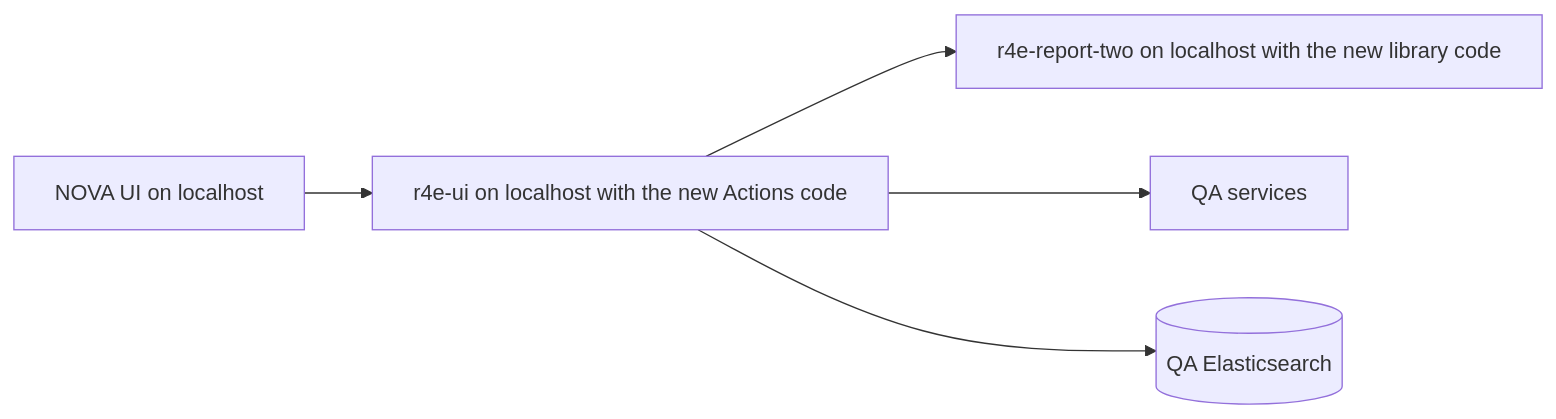
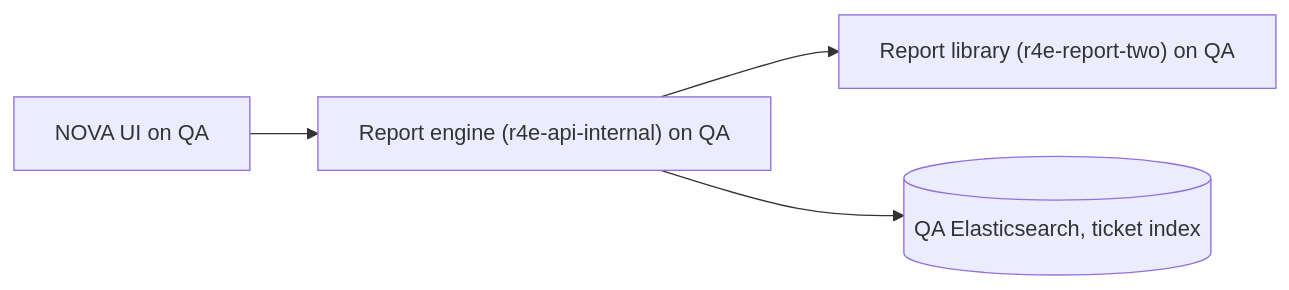
Before and after one commit to saiteja-gatadi-rep/r4e-localhost_setup: diagram 11 of 11 in nova-actions/ACT-5460-5461-notes.md, drawn with Mermaid. The commit also changed other lines of this file and 3 other files, not shown here.

````diff
--- a/nova-actions/ACT-5460-5461-notes.md
+++ b/nova-actions/ACT-5460-5461-notes.md
@@ -151,8 +152,7 @@
 ```mermaid
 %%{init: {"flowchart": {"wrappingWidth": 420}}}%%
 flowchart LR
-  B["NOVA UI on localhost"] --> UI["r4e-ui on localhost with the new Actions code"]
-  UI --> RT["r4e-report-two on localhost with the new library code"]
-  UI --> QA["QA services"]
-  UI --> ES[("QA Elasticsearch")]
+  B["NOVA UI on QA"] --> UI["Report engine (r4e-api-internal) on QA"]
+  UI --> RT["Report library (r4e-report-two) on QA"]
+  UI --> ES[("QA Elasticsearch, ticket index")]
 ```
````
